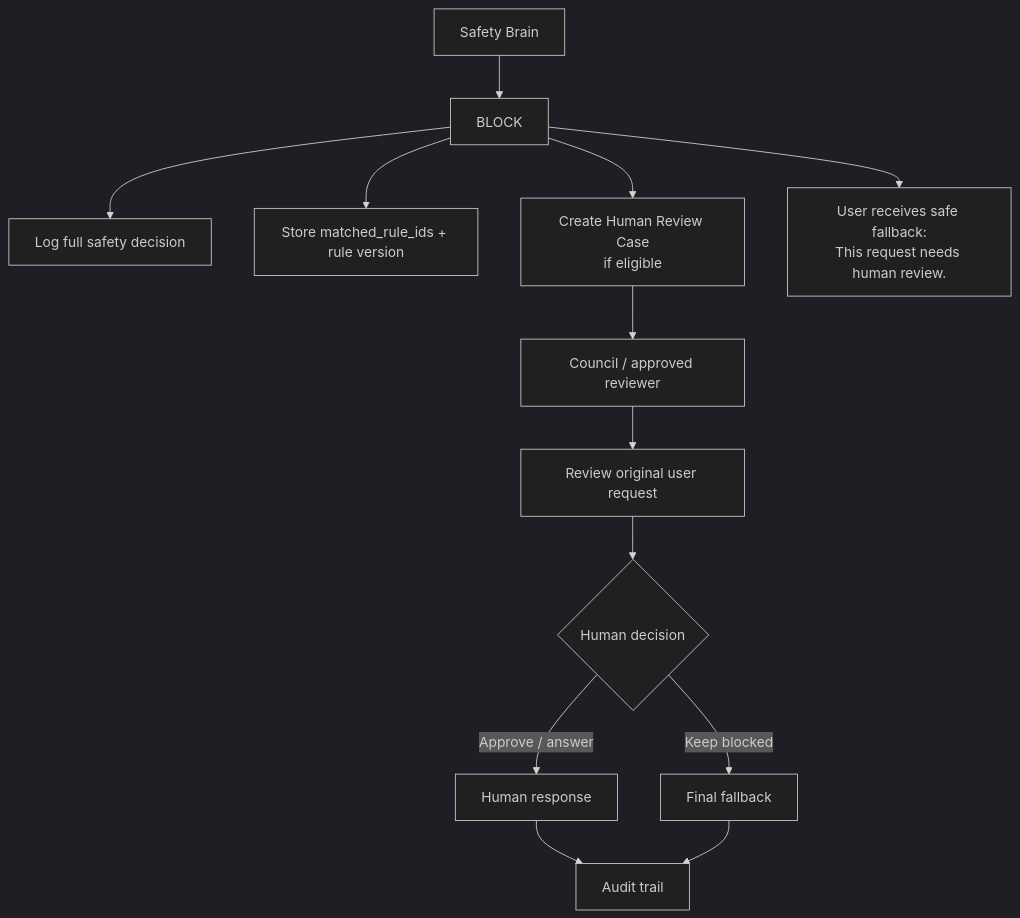
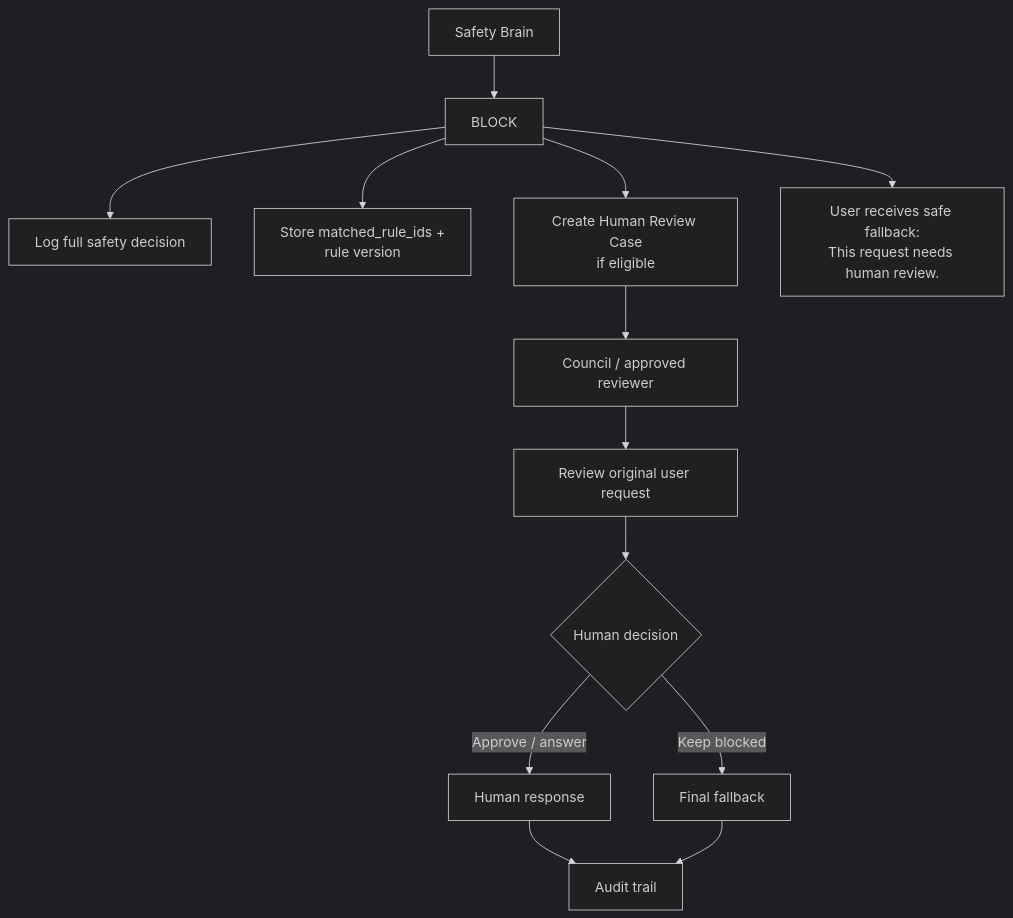
Before and after one commit to devoneers-herai/herai-mashroo3: the seventh of 9 diagrams in docs/architecture/HerAI_Safety_Brain_Architecture_and_Governance.md, drawn with Mermaid (dark theme).

````diff
--- a/docs/architecture/HerAI_Safety_Brain_Architecture_and_Governance.md
+++ b/docs/architecture/HerAI_Safety_Brain_Architecture_and_Governance.md
@@ -241,19 +241,20 @@
 ```mermaid
 flowchart TD
     A["Safety Brain"] --> B["BLOCK"]
 
     B --> C["Log full safety decision"]
-    B --> D["Store matched_rule_ids + rule version"]
+    B --> D["Store matched_rule_ids +
+ rule version"]
     B --> E["Create Human Review Case<br/>if eligible"]
     B --> F["User receives safe fallback:<br/>This request needs human review."]
 
     E --> G["Council / approved reviewer"]
     G --> H["Review original user request"]
 
     H --> I{"Human decision"}
     I -->|Approve / answer| J["Human response"]
     I -->|Keep blocked| K["Final fallback"]
 
     J --> L["Audit trail"]
     K --> L
 ```
````
